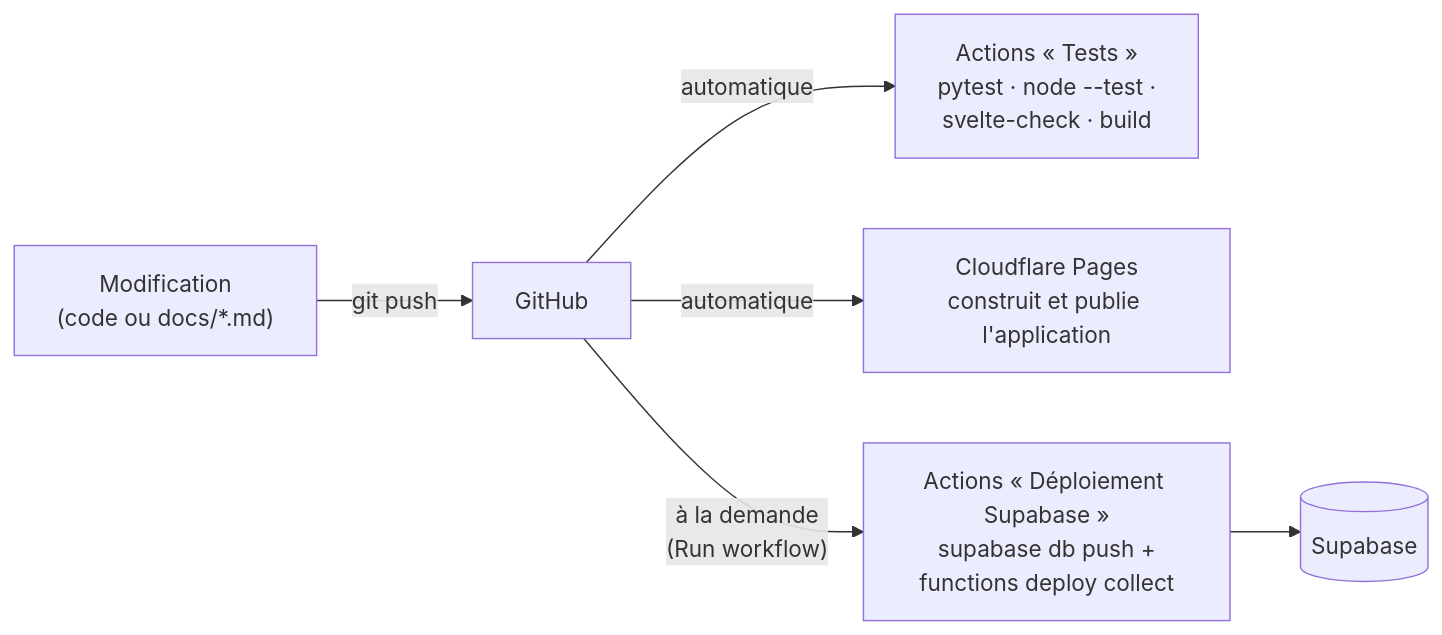
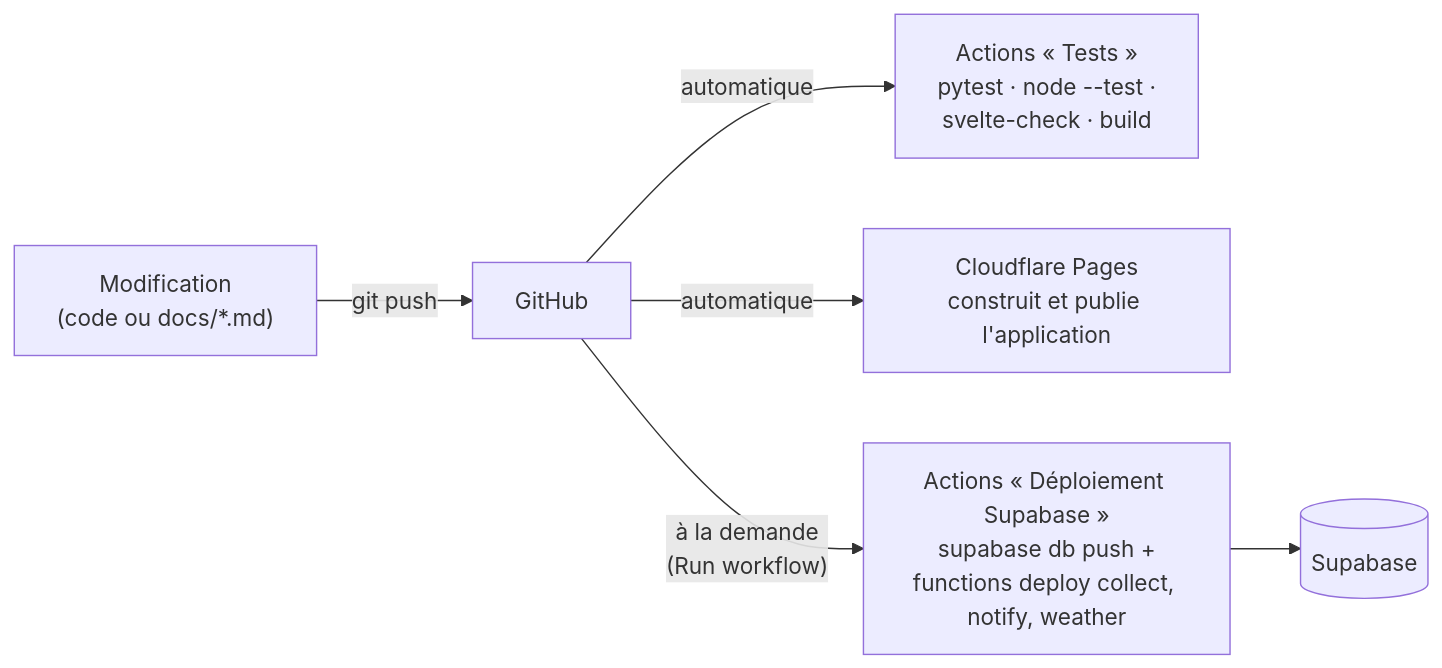
The eighth of 9 diagrams in docs/architecture.md (nicolo73/MobAlPlus), drawn with Mermaid before and after one commit. The commit also changed other lines of this file and 44 other files, not shown here.

````diff
--- a/docs/architecture.md
+++ b/docs/architecture.md
@@ -283,8 +303,8 @@
 ```mermaid
 flowchart LR
   dev["Modification<br/>(code ou docs/*.md)"] -->|git push| gh["GitHub"]
   gh -->|automatique| tests["Actions « Tests »<br/>pytest · node --test ·<br/>svelte-check · build"]
   gh -->|automatique| cfp["Cloudflare Pages<br/>construit et publie l'application"]
-  gh -->|"à la demande<br/>(Run workflow)"| dep["Actions « Déploiement Supabase »<br/>supabase db push +<br/>functions deploy collect"]
+  gh -->|"à la demande<br/>(Run workflow)"| dep["Actions « Déploiement Supabase »<br/>supabase db push +<br/>functions deploy collect, notify, weather"]
   dep --> sbp[("Supabase")]
 ```
````
